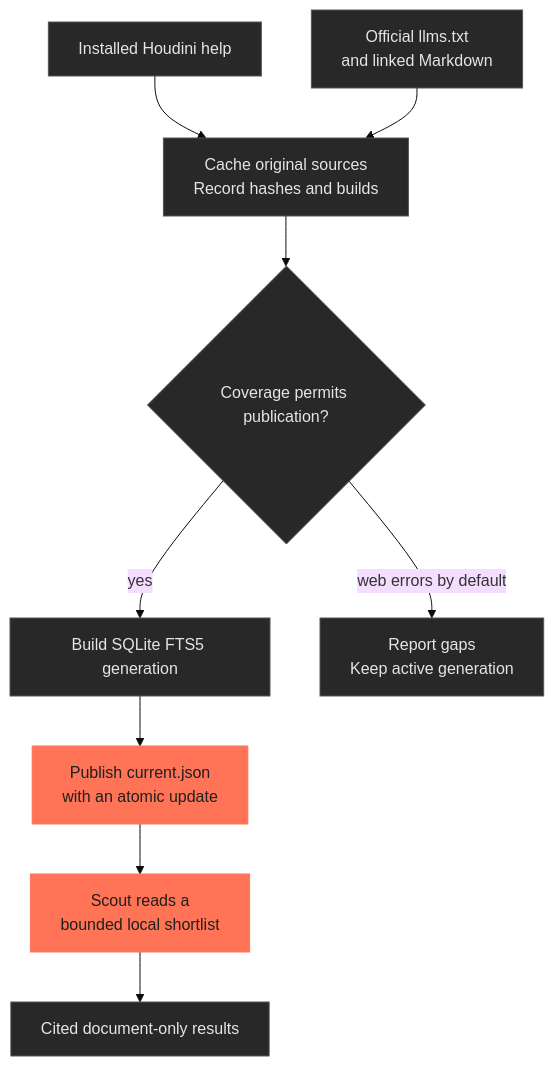
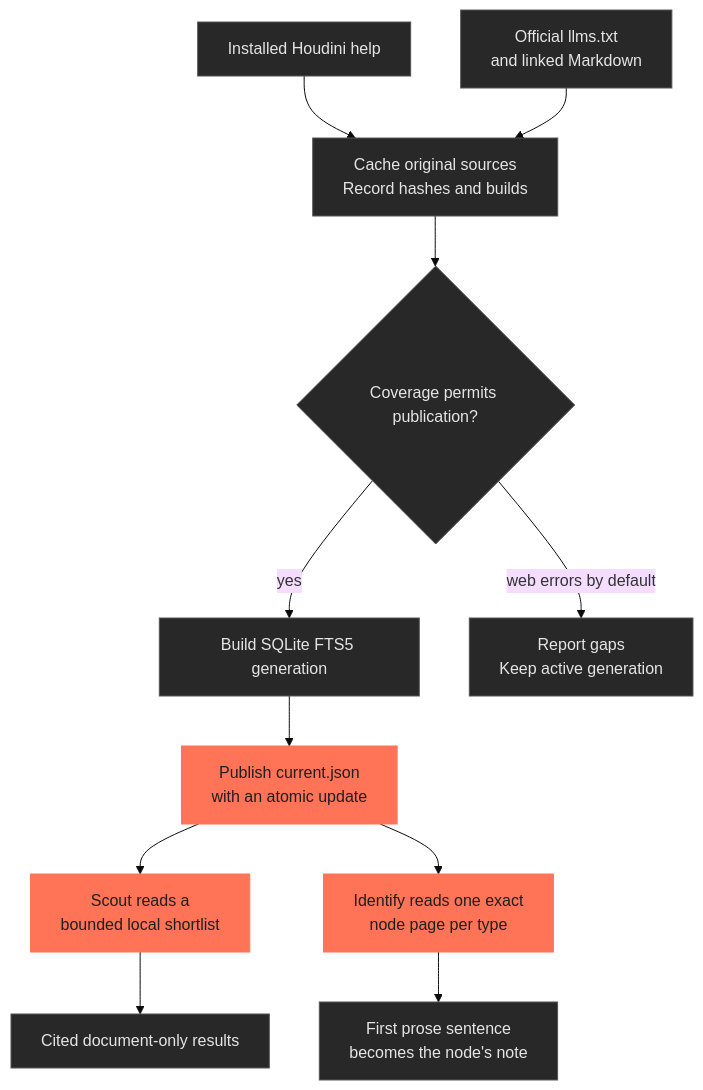
One commit to JosephOIbrahim/Synapse changed the diagram in docs/studio/SIDEFX_LIBRARY.md. Above: the diagram before and after it, drawn with Mermaid (base theme). The commit also changed other lines of this file and 11 other files, not shown here.

````diff
--- a/docs/studio/SIDEFX_LIBRARY.md
+++ b/docs/studio/SIDEFX_LIBRARY.md
@@ -15,16 +15,18 @@
 ```mermaid
 flowchart TD
     accTitle: Build the SideFX library once, query the published index locally
-    accDescr: Installed help and the official Markdown index feed a resumable cache. A coverage check protects publication. A new SQLite generation becomes active through an atomic pointer. Scout reads a bounded shortlist; runtime symbol checks remain separate.
+    accDescr: Installed help and the official Markdown index feed a resumable cache. A coverage check protects publication. A new SQLite generation becomes active through an atomic pointer. Scout reads a bounded shortlist, and Identify reads one exact node page per type; runtime symbol checks remain separate.
     I["Installed Houdini help"] --> C["Cache original sources<br/>Record hashes and builds"]
     W["Official llms.txt<br/>and linked Markdown"] --> C
     C --> G{"Coverage permits publication?"}
     G -->|"yes"| B["Build SQLite FTS5 generation"]
     G -->|"web errors by default"| E["Report gaps<br/>Keep active generation"]
     B --> P["Publish current.json<br/>with an atomic update"]
     P --> Q["Scout reads a<br/>bounded local shortlist"]
     Q --> R["Cited document-only results"]
+    P --> D["Identify reads one exact<br/>node page per type"]
+    D --> N["First prose sentence<br/>becomes the node's note"]
     classDef default fill:#282828,stroke:#555555,color:#E5E5E5
     classDef synapse fill:#FF7457,stroke:#FF7457,color:#1F1F1F
-    class P,Q synapse
+    class P,Q,D synapse
 ```
````
